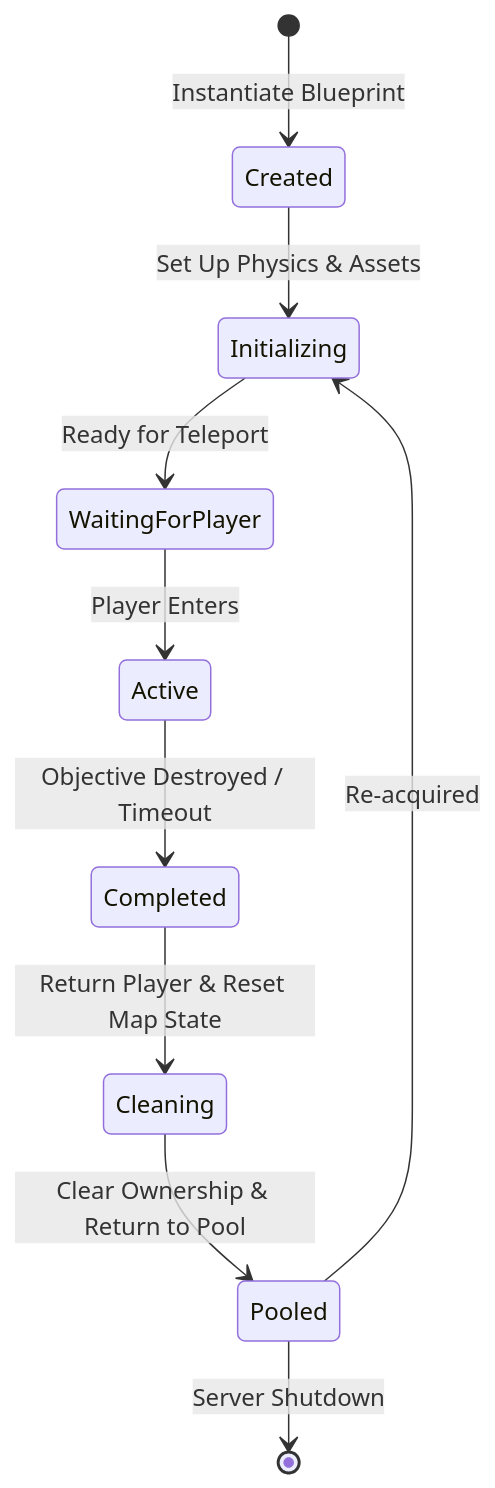
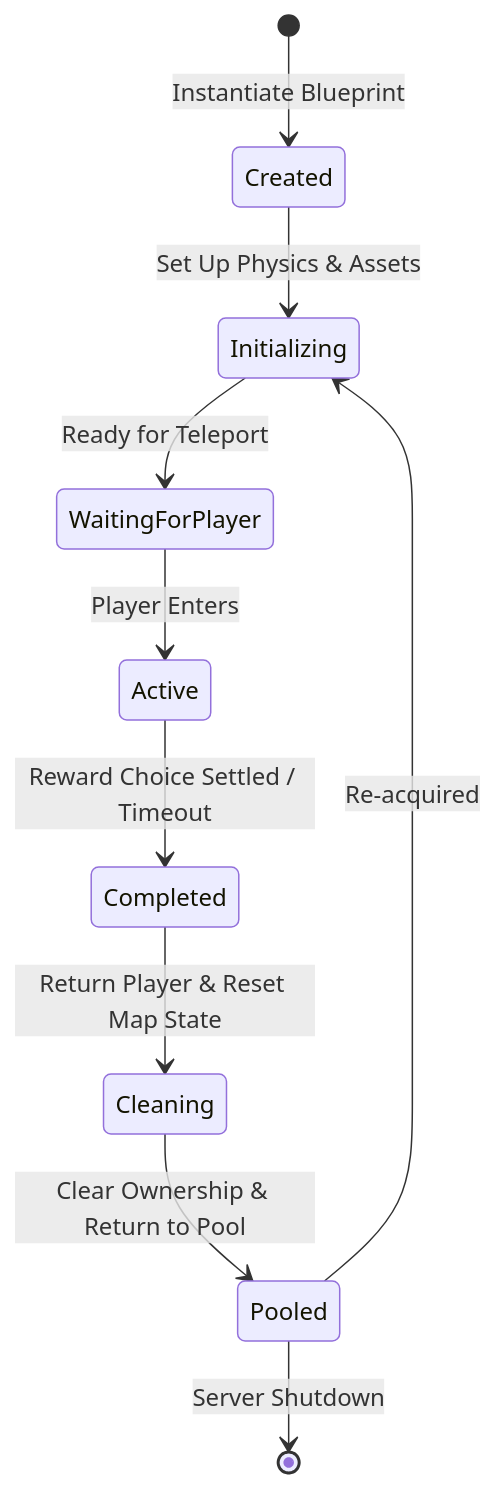
One commit to AgnesLorem/BIGGER-PER-STEP changed the third of 3 diagrams in docs/RUNTIME.md. Above: the diagram before and after it, drawn with Mermaid. The commit also changed other lines of this file and 12 other files, not shown here.

````diff
--- a/docs/RUNTIME.md
+++ b/docs/RUNTIME.md
@@ -130,12 +131,12 @@
 ```mermaid
 stateDiagram-v2
     [*] --> Created : Instantiate Blueprint
     Created --> Initializing : Set Up Physics & Assets
     Initializing --> WaitingForPlayer : Ready for Teleport
     WaitingForPlayer --> Active : Player Enters
-    Active --> Completed : Objective Destroyed / Timeout
+    Active --> Completed : Reward Choice Settled / Timeout
     Completed --> Cleaning : Return Player & Reset Map State
     Cleaning --> Pooled : Clear Ownership & Return to Pool
     Pooled --> Initializing : Re-acquired
     Pooled --> [*] : Server Shutdown
 ```
````
